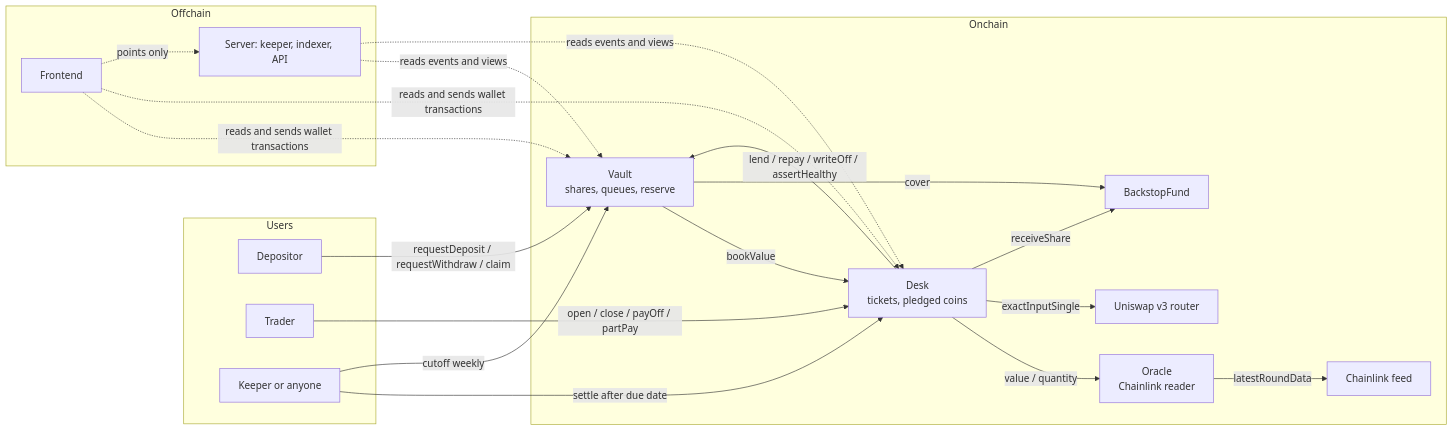
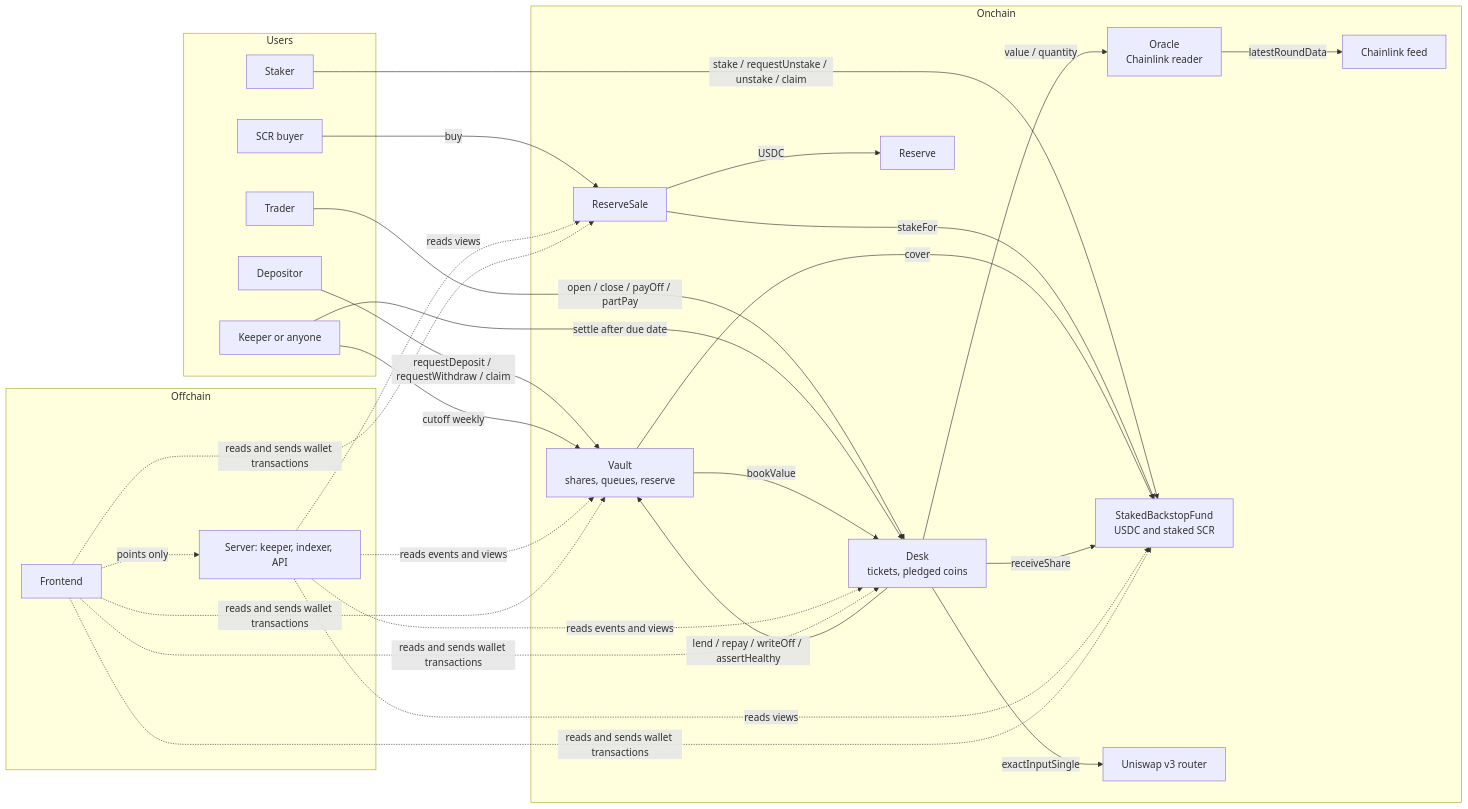
The first of 3 diagrams in README.md (smitrajput/sacred-protocol), drawn with Mermaid before and after one commit. The commit also changed other lines of this file and 52 other files, not shown here.

First line of the commit message:
Frontend staking and reserve sale, browser tests, Arbitrum addresses in README

````diff
--- a/README.md
+++ b/README.md
@@ -28,36 +29,48 @@
 ```mermaid
 flowchart LR
   subgraph Users
     D[Depositor]
     T[Trader]
+    ST[Staker]
+    B[SCR buyer]
     K[Keeper or anyone]
   end
   subgraph Onchain
     V[Vault<br/>shares, queues, reserve]
     DK[Desk<br/>tickets, pledged coins]
     O[Oracle<br/>Chainlink reader]
-    F[BackstopFund]
+    F[StakedBackstopFund<br/>USDC and staked SCR]
+    RS[ReserveSale]
+    RE[Reserve]
     R[Uniswap v3 router]
     CL[Chainlink feed]
   end
   subgraph Offchain
     S[Server: keeper, indexer, API]
     FE[Frontend]
   end
   D -- requestDeposit / requestWithdraw / claim --> V
   T -- open / close / payOff / partPay --> DK
+  ST -- stake / requestUnstake / unstake / claim --> F
+  B -- buy --> RS
+  RS -- USDC --> RE
+  RS -- stakeFor --> F
   K -- settle after due date --> DK
   K -- cutoff weekly --> V
   DK -- lend / repay / writeOff / assertHealthy --> V
   V -- bookValue --> DK
   DK -- value / quantity --> O
   O -- latestRoundData --> CL
   DK -- exactInputSingle --> R
   V -- cover --> F
   DK -- receiveShare --> F
   S -. reads events and views .-> V
   S -. reads events and views .-> DK
+  S -. reads views .-> F
+  S -. reads views .-> RS
   FE -. reads and sends wallet transactions .-> V
   FE -. reads and sends wallet transactions .-> DK
+  FE -. reads and sends wallet transactions .-> F
+  FE -. reads and sends wallet transactions .-> RS
   FE -. points only .-> S
 ```
````
